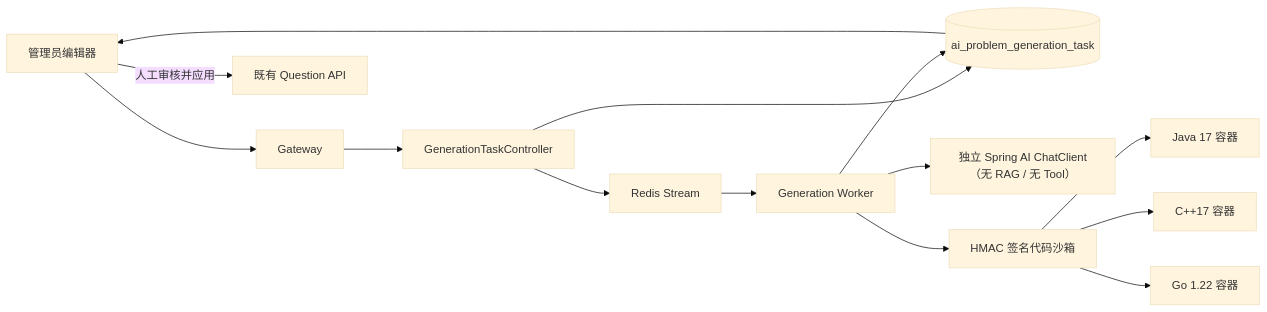
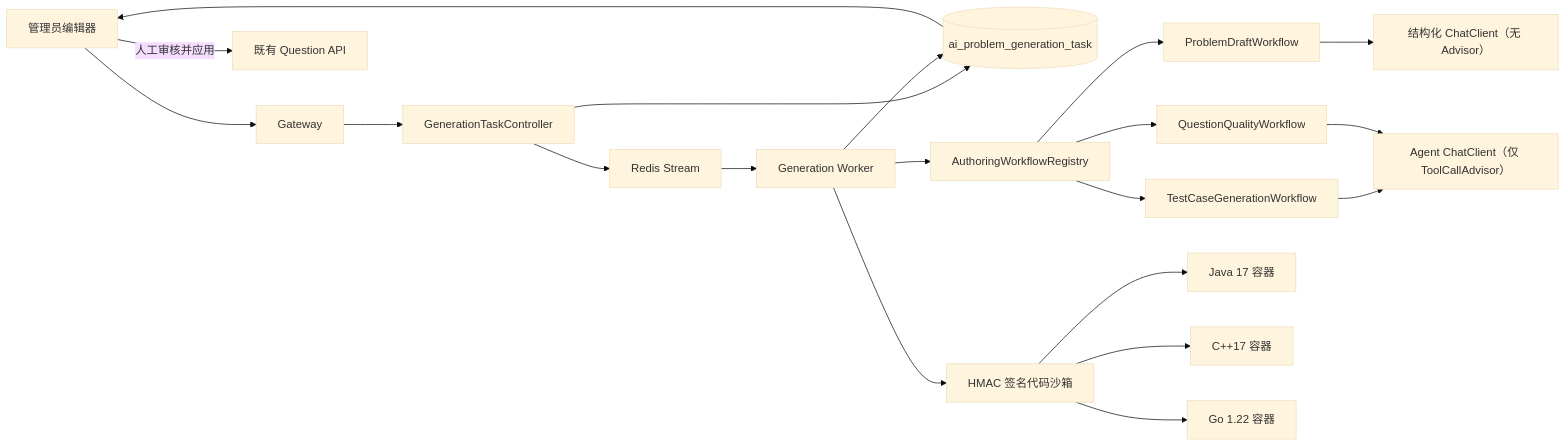
Before and after one commit to qwerlty123/myoj-microservice: the second of 2 diagrams in myoj-backend-ai-service/README.md, drawn with Mermaid (base theme). The commit also changed other lines of this file and 7 other files, not shown here.

````diff
--- a/myoj-backend-ai-service/README.md
+++ b/myoj-backend-ai-service/README.md
@@ -28,16 +30,22 @@
 ```mermaid
 flowchart LR
-    A["管理员编辑器"] --> G["Gateway"]
+    UI["管理员编辑器"] --> G["Gateway"]
     G --> C["GenerationTaskController"]
     C --> DB[("ai_problem_generation_task")]
     C --> RS["Redis Stream"]
     RS --> W["Generation Worker"]
-    W --> M["独立 Spring AI ChatClient（无 RAG / 无 Tool）"]
+    W --> R["AuthoringWorkflowRegistry"]
+    R --> D["ProblemDraftWorkflow"]
+    R --> T["TestCaseGenerationWorkflow"]
+    R --> QUALITY["QuestionQualityWorkflow"]
+    D --> M["结构化 ChatClient（无 Advisor）"]
+    T --> AGENT["Agent ChatClient（仅 ToolCallAdvisor）"]
+    QUALITY --> AGENT
     W --> S["HMAC 签名代码沙箱"]
     S --> J["Java 17 容器"]
     S --> P["C++17 容器"]
     S --> O["Go 1.22 容器"]
     W --> DB
-    DB --> A
-    A -->|"人工审核并应用"| Q["既有 Question API"]
+    DB --> UI
+    UI -->|"人工审核并应用"| QUESTION["既有 Question API"]
 ```
````
